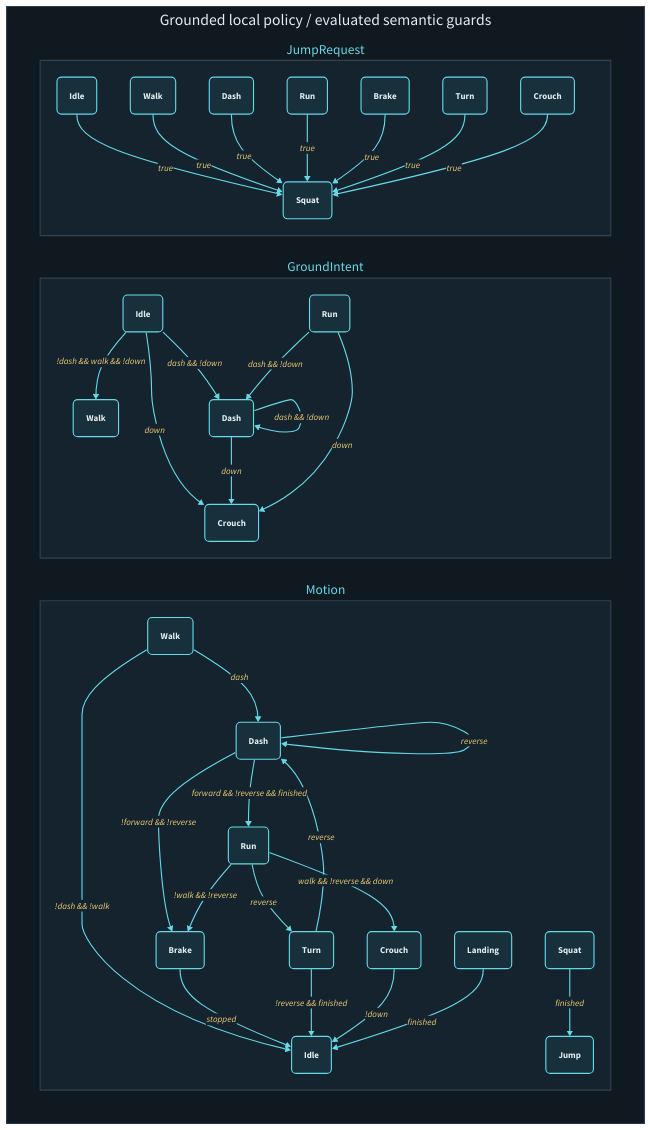
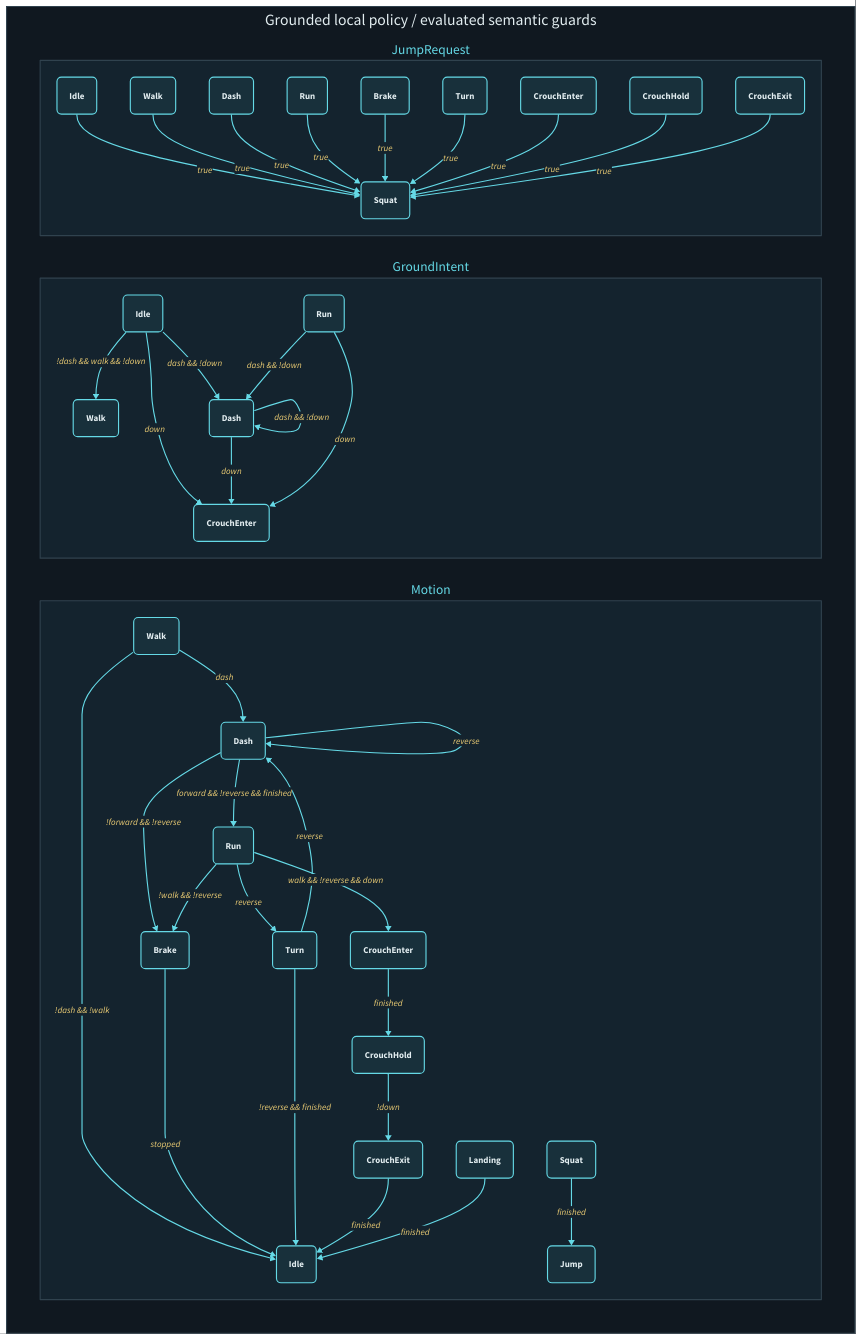
Before and after one commit to hafley66/hafley-rs: the diagram in games/crates/fighter/5_ground_chart.d2, drawn with D2. The commit also changed 15 other files, not shown here.

```diff
--- a/games/crates/fighter/5_ground_chart.d2
+++ b/games/crates/fighter/5_ground_chart.d2
@@ -1,102 +1,114 @@
 direction: right
 style.fill: "#101820"
 classes: {
   phase: {style: {fill: "#18303b"; stroke: "#65d9e6"; font-color: "#e2edf0"; border-radius: 8}}
 }
 board: "Grounded local policy / evaluated semantic guards" {
   grid-columns: 1
   style: {fill: "#101820"; stroke: "#30424e"; font-color: "#e2edf0"}
   JumpRequest: "JumpRequest" {
     style: {fill: "#14232e"; stroke: "#30424e"; font-color: "#65d9e6"}
     Idle.class: phase
     Squat.class: phase
     Idle -> Squat: "true" {style: {stroke: "#65d9e6"; font-color: "#efcf75"}}
     Walk.class: phase
     Squat.class: phase
     Walk -> Squat: "true" {style: {stroke: "#65d9e6"; font-color: "#efcf75"}}
     Dash.class: phase
     Squat.class: phase
     Dash -> Squat: "true" {style: {stroke: "#65d9e6"; font-color: "#efcf75"}}
     Run.class: phase
     Squat.class: phase
     Run -> Squat: "true" {style: {stroke: "#65d9e6"; font-color: "#efcf75"}}
     Brake.class: phase
     Squat.class: phase
     Brake -> Squat: "true" {style: {stroke: "#65d9e6"; font-color: "#efcf75"}}
     Turn.class: phase
     Squat.class: phase
     Turn -> Squat: "true" {style: {stroke: "#65d9e6"; font-color: "#efcf75"}}
-    Crouch.class: phase
+    CrouchEnter.class: phase
     Squat.class: phase
-    Crouch -> Squat: "true" {style: {stroke: "#65d9e6"; font-color: "#efcf75"}}
+    CrouchEnter -> Squat: "true" {style: {stroke: "#65d9e6"; font-color: "#efcf75"}}
+    CrouchHold.class: phase
+    Squat.class: phase
+    CrouchHold -> Squat: "true" {style: {stroke: "#65d9e6"; font-color: "#efcf75"}}
+    CrouchExit.class: phase
+    Squat.class: phase
+    CrouchExit -> Squat: "true" {style: {stroke: "#65d9e6"; font-color: "#efcf75"}}
   }
   GroundIntent: "GroundIntent" {
     style: {fill: "#14232e"; stroke: "#30424e"; font-color: "#65d9e6"}
     Idle.class: phase
     Walk.class: phase
     Idle -> Walk: "!dash && walk && !down" {style: {stroke: "#65d9e6"; font-color: "#efcf75"}}
     Idle.class: phase
     Dash.class: phase
     Idle -> Dash: "dash && !down" {style: {stroke: "#65d9e6"; font-color: "#efcf75"}}
     Idle.class: phase
-    Crouch.class: phase
-    Idle -> Crouch: "down" {style: {stroke: "#65d9e6"; font-color: "#efcf75"}}
+    CrouchEnter.class: phase
+    Idle -> CrouchEnter: "down" {style: {stroke: "#65d9e6"; font-color: "#efcf75"}}
     Dash.class: phase
     Dash.class: phase
     Dash -> Dash: "dash && !down" {style: {stroke: "#65d9e6"; font-color: "#efcf75"}}
     Dash.class: phase
-    Crouch.class: phase
-    Dash -> Crouch: "down" {style: {stroke: "#65d9e6"; font-color: "#efcf75"}}
+    CrouchEnter.class: phase
+    Dash -> CrouchEnter: "down" {style: {stroke: "#65d9e6"; font-color: "#efcf75"}}
     Run.class: phase
     Dash.class: phase
     Run -> Dash: "dash && !down" {style: {stroke: "#65d9e6"; font-color: "#efcf75"}}
     Run.class: phase
-    Crouch.class: phase
-    Run -> Crouch: "down" {style: {stroke: "#65d9e6"; font-color: "#efcf75"}}
+    CrouchEnter.class: phase
+    Run -> CrouchEnter: "down" {style: {stroke: "#65d9e6"; font-color: "#efcf75"}}
   }
   Motion: "Motion" {
     style: {fill: "#14232e"; stroke: "#30424e"; font-color: "#65d9e6"}
     Walk.class: phase
     Idle.class: phase
     Walk -> Idle: "!dash && !walk" {style: {stroke: "#65d9e6"; font-color: "#efcf75"}}
     Walk.class: phase
     Dash.class: phase
     Walk -> Dash: "dash" {style: {stroke: "#65d9e6"; font-color: "#efcf75"}}
     Dash.class: phase
     Dash.class: phase
     Dash -> Dash: "reverse" {style: {stroke: "#65d9e6"; font-color: "#efcf75"}}
     Dash.class: phase
     Run.class: phase
     Dash -> Run: "forward && !reverse && finished" {style: {stroke: "#65d9e6"; font-color: "#efcf75"}}
     Dash.class: phase
     Brake.class: phase
     Dash -> Brake: "!forward && !reverse" {style: {stroke: "#65d9e6"; font-color: "#efcf75"}}
     Run.class: phase
     Brake.class: phase
     Run -> Brake: "!walk && !reverse" {style: {stroke: "#65d9e6"; font-color: "#efcf75"}}
     Run.class: phase
     Turn.class: phase
     Run -> Turn: "reverse" {style: {stroke: "#65d9e6"; font-color: "#efcf75"}}
     Run.class: phase
-    Crouch.class: phase
-    Run -> Crouch: "walk && !reverse && down" {style: {stroke: "#65d9e6"; font-color: "#efcf75"}}
+    CrouchEnter.class: phase
+    Run -> CrouchEnter: "walk && !reverse && down" {style: {stroke: "#65d9e6"; font-color: "#efcf75"}}
     Brake.class: phase
     Idle.class: phase
     Brake -> Idle: "stopped" {style: {stroke: "#65d9e6"; font-color: "#efcf75"}}
     Turn.class: phase
     Idle.class: phase
     Turn -> Idle: "!reverse && finished" {style: {stroke: "#65d9e6"; font-color: "#efcf75"}}
     Turn.class: phase
     Dash.class: phase
     Turn -> Dash: "reverse" {style: {stroke: "#65d9e6"; font-color: "#efcf75"}}
     Squat.class: phase
     Jump.class: phase
     Squat -> Jump: "finished" {style: {stroke: "#65d9e6"; font-color: "#efcf75"}}
-    Crouch.class: phase
+    CrouchEnter.class: phase
+    CrouchHold.class: phase
+    CrouchEnter -> CrouchHold: "finished" {style: {stroke: "#65d9e6"; font-color: "#efcf75"}}
+    CrouchHold.class: phase
+    CrouchExit.class: phase
+    CrouchHold -> CrouchExit: "!down" {style: {stroke: "#65d9e6"; font-color: "#efcf75"}}
+    CrouchExit.class: phase
     Idle.class: phase
-    Crouch -> Idle: "!down" {style: {stroke: "#65d9e6"; font-color: "#efcf75"}}
+    CrouchExit -> Idle: "finished" {style: {stroke: "#65d9e6"; font-color: "#efcf75"}}
     Landing.class: phase
     Idle.class: phase
     Landing -> Idle: "finished" {style: {stroke: "#65d9e6"; font-color: "#efcf75"}}
   }
 }
```
